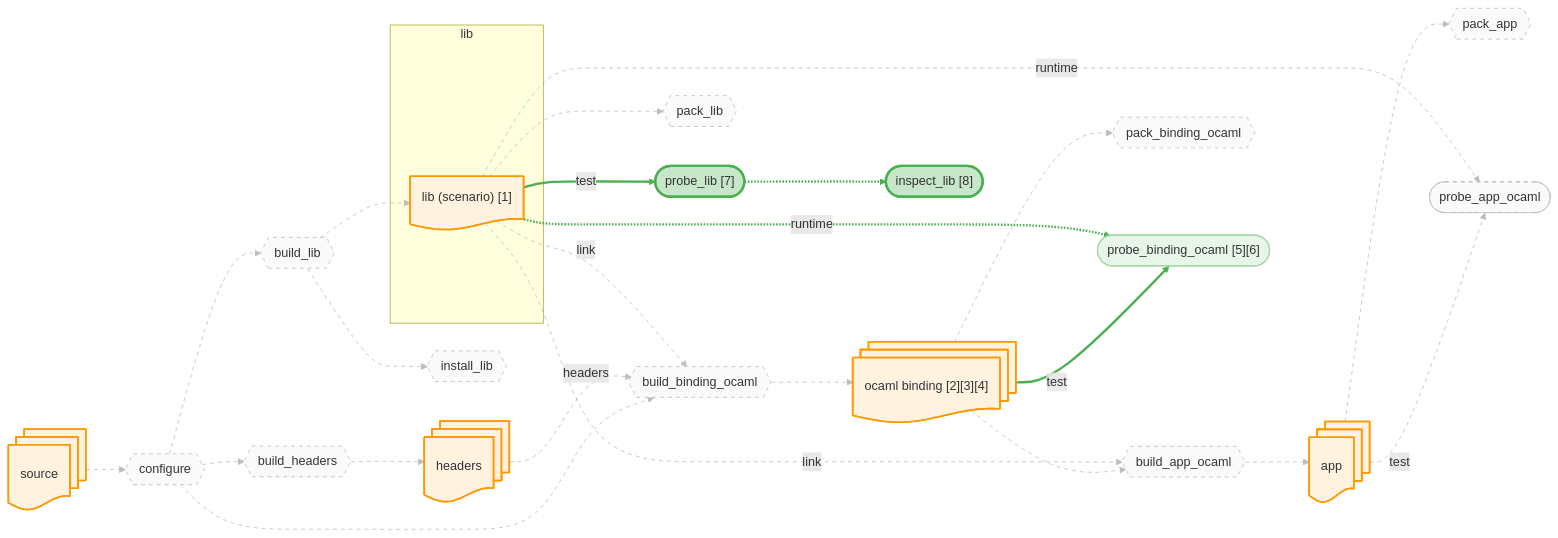
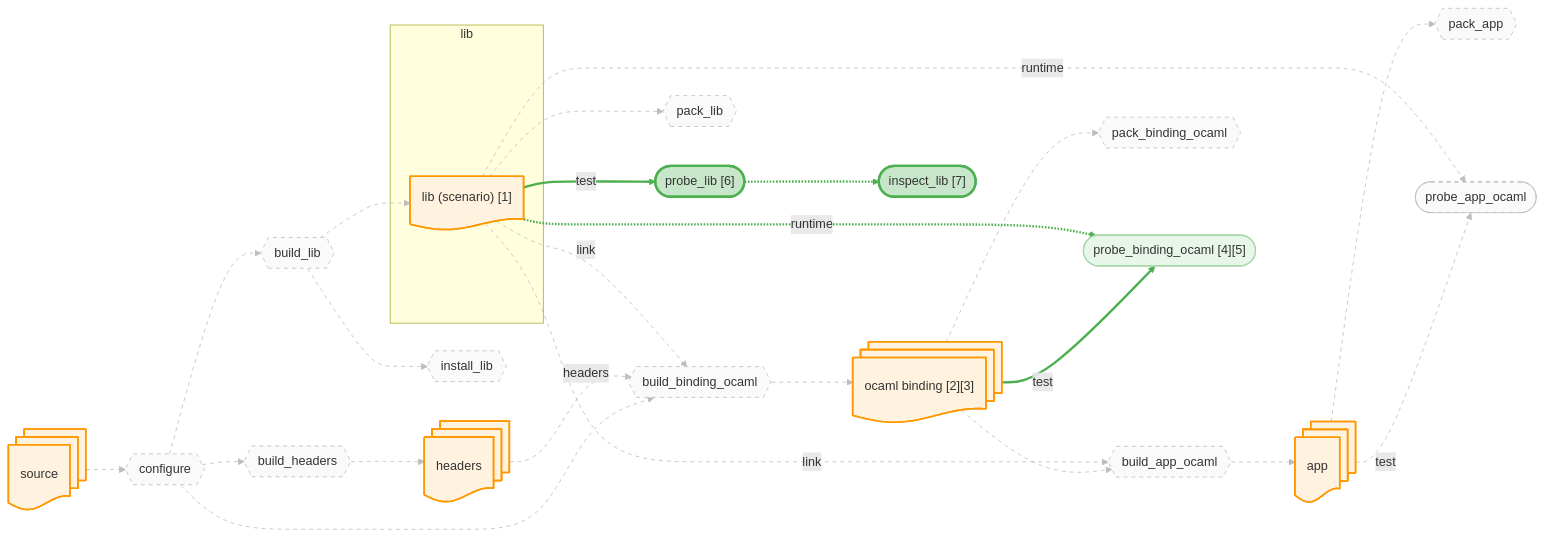
The diagram in docs/canary/projects/zlib/-run/diagrams/lib.mmd (JHU-PL-Lab/tola), drawn with Mermaid before and after one commit. The commit also changed 34 other files, not shown here.

```diff
--- a/docs/canary/projects/zlib/-run/diagrams/lib.mmd
+++ b/docs/canary/projects/zlib/-run/diagrams/lib.mmd
@@ -1,91 +1,91 @@
 %% view: lib
 graph LR
     source_node@{ shape: docs, label: "source" }
     headers_node@{ shape: docs, label: "headers" }
     subgraph lib_sg ["lib"]
       lib_fetch_node@{ shape: doc, label: "lib (scenario) [1]" }
     end
     app_node@{ shape: docs, label: "app" }
-    ocaml_binding_node@{ shape: docs, label: "ocaml binding [2][3][4]" }
+    ocaml_binding_node@{ shape: docs, label: "ocaml binding [2][3]" }
 
     A_configure{{"configure"}}
     A_build_headers{{"build_headers"}}
     A_build_lib{{"build_lib"}}
     A_build_binding_ocaml{{"build_binding_ocaml"}}
     A_build_app_ocaml{{"build_app_ocaml"}}
     A_install_lib{{"install_lib"}}
     A_pack_binding_ocaml{{"pack_binding_ocaml"}}
     A_pack_lib{{"pack_lib"}}
     A_pack_app{{"pack_app"}}
-    A_probe_binding_ocaml(["probe_binding_ocaml [5][6]"])
+    A_probe_binding_ocaml(["probe_binding_ocaml [4][5]"])
     A_probe_app_ocaml(["probe_app_ocaml"])
-    A_probe_lib(["probe_lib [7]"])
-    A_probe_lib_inspect(["inspect_lib [8]"])
+    A_probe_lib(["probe_lib [6]"])
+    A_probe_lib_inspect(["inspect_lib [7]"])
 
     source_node --> A_configure
     A_configure --> A_build_headers
     A_build_headers --> headers_node
     A_configure --> A_build_lib
     A_build_lib --> lib_fetch_node
     A_configure --> A_build_binding_ocaml
     headers_node -.->|headers| A_build_binding_ocaml
     lib_fetch_node -.->|link| A_build_binding_ocaml
     A_build_binding_ocaml --> ocaml_binding_node
     ocaml_binding_node --> A_build_app_ocaml
     lib_fetch_node -.->|link| A_build_app_ocaml
     A_build_app_ocaml --> app_node
     A_build_lib --> A_install_lib
     ocaml_binding_node --> A_pack_binding_ocaml
     lib_fetch_node --> A_pack_lib
     app_node --> A_pack_app
     ocaml_binding_node -->|test| A_probe_binding_ocaml
     lib_fetch_node -.->|runtime| A_probe_binding_ocaml
     app_node -->|test| A_probe_app_ocaml
     lib_fetch_node -.->|runtime| A_probe_app_ocaml
     lib_fetch_node -->|test| A_probe_lib
     A_probe_lib -.-> A_probe_lib_inspect
 
     classDef artifact fill:#fff3e0,stroke:#ff9800,stroke-width:2px
     classDef action fill:#f3e5f5,stroke:#9c27b0,stroke-width:2px
     classDef st_done fill:#c8e6c9,stroke:#4caf50,stroke-width:3px
     classDef st_done_ctx fill:#e8f5e9,stroke:#a5d6a7,stroke-width:1.5px
     classDef st_expected_fail fill:#fff9c4,stroke:#f9a825,stroke-width:2px
     classDef st_failed fill:#ffcdd2,stroke:#c62828,stroke-width:2px
     classDef st_skipped fill:#f5f5f5,stroke:#9e9e9e,stroke-dasharray:5
     classDef st_nospec fill:#fafafa,stroke:#bdbdbd,stroke-dasharray:5
     class source_node,headers_node,lib_fetch_node,app_node,ocaml_binding_node artifact
     class A_configure st_nospec
     class A_build_headers st_nospec
     class A_build_lib st_nospec
     class A_build_binding_ocaml st_nospec
     class A_build_app_ocaml st_nospec
     class A_install_lib st_nospec
     class A_pack_binding_ocaml st_nospec
     class A_pack_lib st_nospec
     class A_pack_app st_nospec
     class A_probe_binding_ocaml st_done_ctx
     class A_probe_app_ocaml st_nospec
     class A_probe_lib st_done
     class A_probe_lib_inspect st_done
     linkStyle 0 stroke:#bdbdbd,stroke-width:1px,stroke-dasharray:5
     linkStyle 1 stroke:#bdbdbd,stroke-width:1px,stroke-dasharray:5
     linkStyle 2 stroke:#bdbdbd,stroke-width:1px,stroke-dasharray:5
     linkStyle 3 stroke:#bdbdbd,stroke-width:1px,stroke-dasharray:5
     linkStyle 4 stroke:#bdbdbd,stroke-width:1px,stroke-dasharray:5
     linkStyle 5 stroke:#bdbdbd,stroke-width:1px,stroke-dasharray:5
     linkStyle 6 stroke:#bdbdbd,stroke-width:1px,stroke-dasharray:5
     linkStyle 7 stroke:#bdbdbd,stroke-width:1px,stroke-dasharray:5
     linkStyle 8 stroke:#bdbdbd,stroke-width:1px,stroke-dasharray:5
     linkStyle 9 stroke:#bdbdbd,stroke-width:1px,stroke-dasharray:5
     linkStyle 10 stroke:#bdbdbd,stroke-width:1px,stroke-dasharray:5
     linkStyle 11 stroke:#bdbdbd,stroke-width:1px,stroke-dasharray:5
     linkStyle 12 stroke:#bdbdbd,stroke-width:1px,stroke-dasharray:5
     linkStyle 13 stroke:#bdbdbd,stroke-width:1px,stroke-dasharray:5
     linkStyle 14 stroke:#bdbdbd,stroke-width:1px,stroke-dasharray:5
     linkStyle 15 stroke:#bdbdbd,stroke-width:1px,stroke-dasharray:5
     linkStyle 16 stroke:#4caf50,stroke-width:3px
     linkStyle 17 stroke:#4caf50,stroke-width:3px
     linkStyle 18 stroke:#bdbdbd,stroke-width:1px,stroke-dasharray:5
     linkStyle 19 stroke:#bdbdbd,stroke-width:1px,stroke-dasharray:5
     linkStyle 20 stroke:#4caf50,stroke-width:3px
     linkStyle 21 stroke:#4caf50,stroke-width:3px
```
